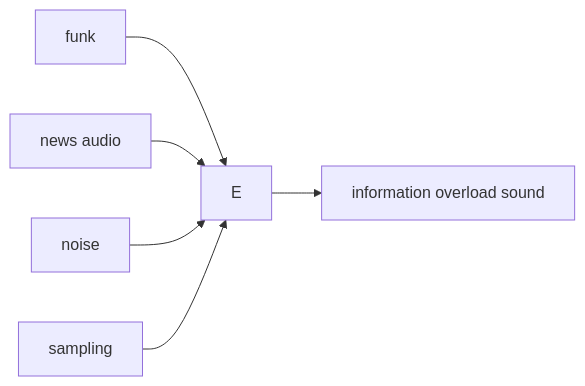
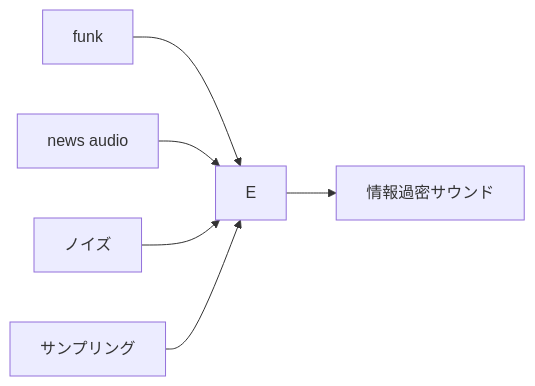
One commit to monumental-movement/monumental-movement.github.io changed diagram 20 of 21 in en/_posts/2026-06-27-column-influential-album-01.md. Above: the diagram before and after it, drawn with Mermaid. The commit also changed other lines of this file and 2196 other files, not shown here.

```diff
--- a/en/_posts/2026-06-27-column-influential-album-01.md
+++ b/en/_posts/2026-06-27-column-influential-album-01.md
@@ -1473,15 +1471,15 @@
 <div class="mermaid">
 flowchart LR
 A[funk]
 B[news audio]
-C[noise]
-D[sampling]
+C[ノイズ]
+D[サンプリング]
 
 A --> E
 B --> E
 C --> E
 D --> E
 
-E --> F[information overload sound]
+E --> F[情報過密サウンド]
 
 </div>
```
